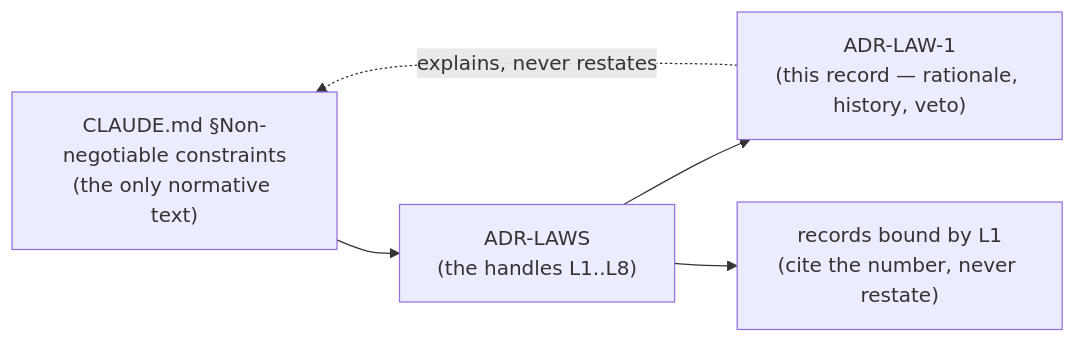
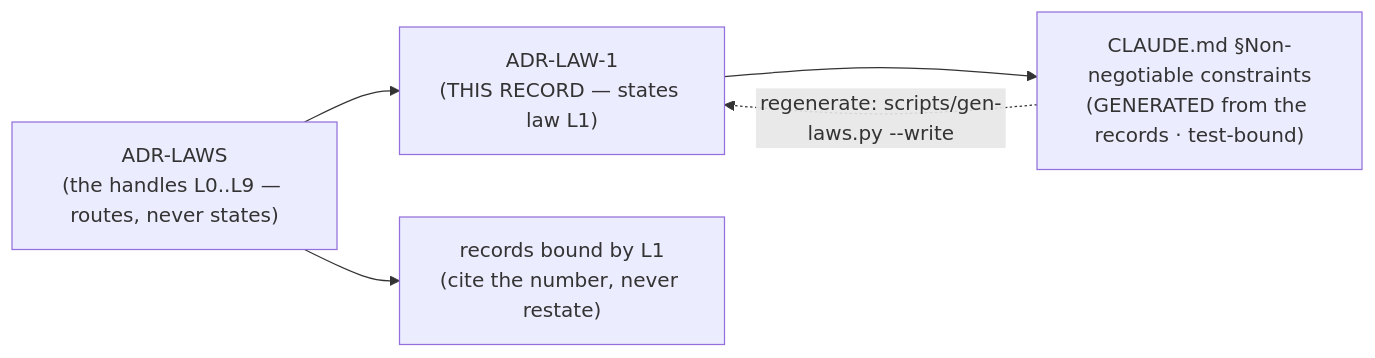
One commit to arpitarya/fux changed the diagram in docs/adr/0003_LAW-1-zero-cost.md. Above: the diagram before and after it, drawn with Mermaid. The commit also changed other lines of this file and 190 other files, not shown here.

````diff
--- a/docs/adr/0003_LAW-1-zero-cost.md
+++ b/docs/adr/0003_LAW-1-zero-cost.md
@@ -59,10 +61,11 @@
 ```mermaid
 flowchart LR
-    C["CLAUDE.md §Non-negotiable constraints<br/>(the only normative text)"]
-    N["ADR-LAWS<br/>(the handles L1..L8)"]
-    R["ADR-LAW-1<br/>(this record — rationale, history, veto)"]
+    R["ADR-LAW-1<br/>(THIS RECORD — states law L1)"]
+    N["ADR-LAWS<br/>(the handles L0..L9 — routes, never states)"]
+    C["CLAUDE.md §Non-negotiable constraints<br/>(GENERATED from the records · test-bound)"]
     B["records bound by L1<br/>(cite the number, never restate)"]
-    C --> N --> R
+    R --> C
+    N --> R
     N --> B
-    R -. "explains, never restates" .-> C
+    C -. "regenerate: scripts/gen-laws.py --write" .-> R
 ```
````
